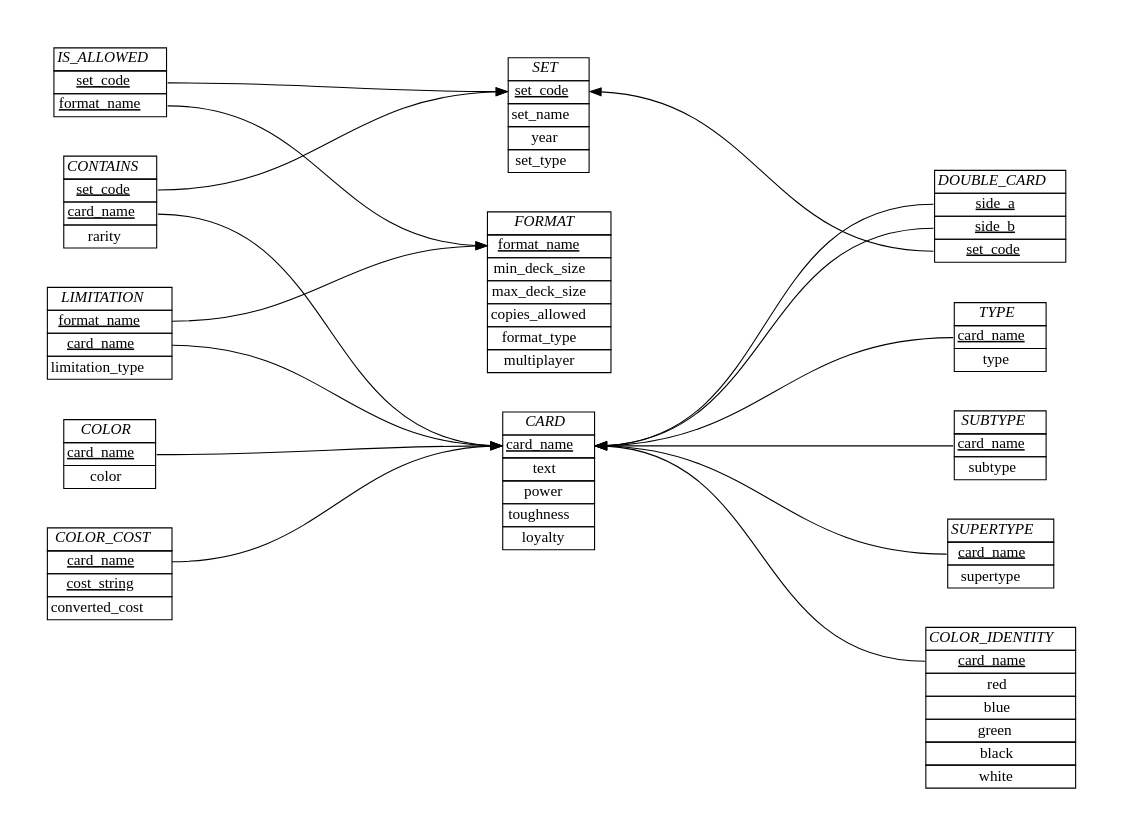
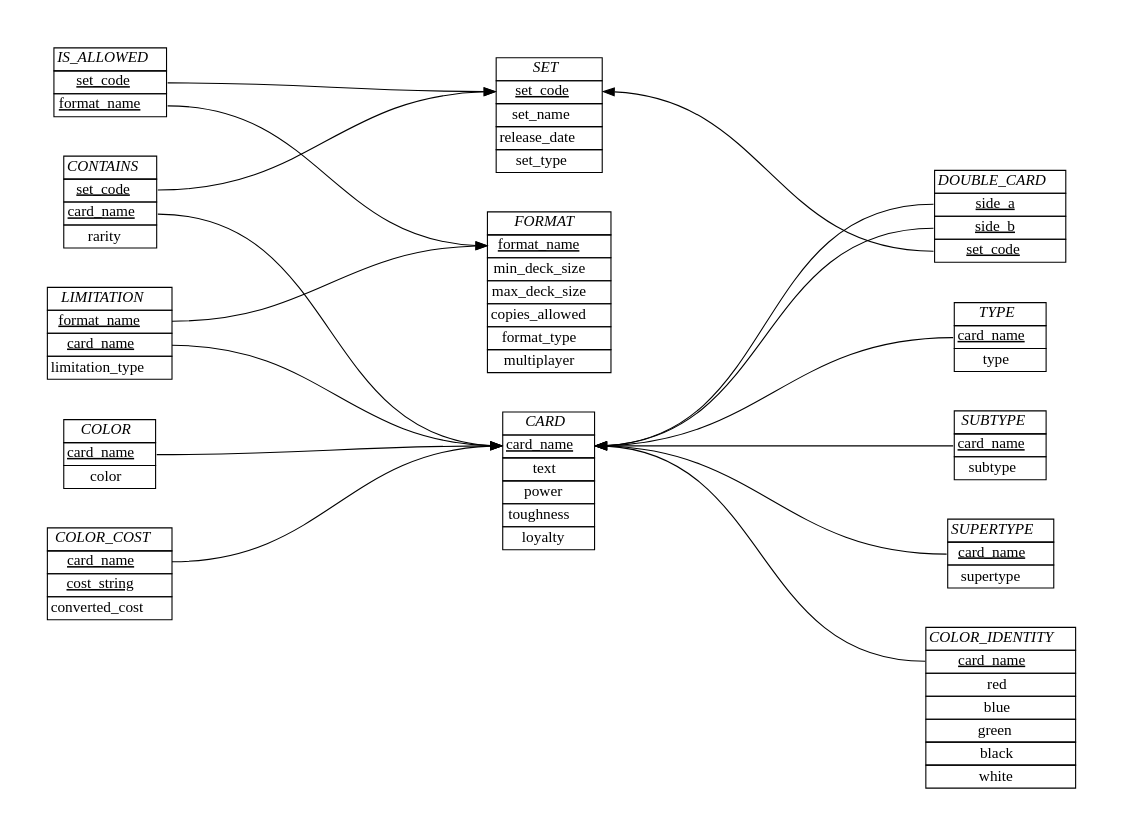
Before and after one commit to akilmarshall/trumark: the diagram in schema/ER_diagram.dot, drawn with Graphviz. The commit also changed 5 other files, not shown here.

Commit message:
changed year to release_date

```diff
--- a/schema/ER_diagram.dot
+++ b/schema/ER_diagram.dot
@@ -1,140 +1,140 @@
 digraph {
     graph [splines=true, pad="0.5", nodesep="0.5", ranksep="4"];
     node [shape=plain];
     rankdir=LR; 
 
     Format [label=<
         <table border="0" cellborder="1" cellspacing="0">
         <tr><td><i>FORMAT</i></td></tr>
         <tr><td port="1"><u>format_name</u></td></tr>
         <tr><td port="2">min_deck_size</td></tr>
         <tr><td port="3">max_deck_size</td></tr>
         <tr><td port="4">copies_allowed</td></tr>
         <tr><td port="5">format_type</td></tr>
         <tr><td port="6">multiplayer</td></tr>
         </table>>];
 
     Set [label=<
         <table border="0" cellborder="1" cellspacing="0">
         <tr><td><i>SET</i></td></tr>
         <tr><td port="1"><u><font color="black">set_code</font></u></td></tr>
         <tr><td port="2"><font color="black">set_name</font></td></tr>
-        <tr><td port="3">year</td></tr>
+        <tr><td port="3">release_date</td></tr>
         <tr><td port="4">set_type</td></tr>
         </table>>];
 
     Card [label=<
         <table border="0" cellborder="1" cellspacing="0">
         <tr><td><i>CARD</i></td></tr>
         <tr><td port="1"><u><font color="black">card_name</font></u></td></tr>
         <tr><td port="2">text</td></tr>
         <tr><td port="3">power</td></tr>
         <tr><td port="4">toughness</td></tr>
         <tr><td port="5">loyalty</td></tr>
         </table>>];
 
     Contains [label=<
         <table border="0" cellborder="1" cellspacing="0">
         <tr><td><i>CONTAINS</i></td></tr>
         <tr><td port="1"><u>set_code</u></td></tr>
         <tr><td port="2"><u>card_name</u></td></tr>
         <tr><td port="3">rarity</td></tr>
         </table>>];
 
     Is_allowed [label=<
         <table border="0" cellborder="1" cellspacing="0">
         <tr><td><i>IS_ALLOWED</i></td></tr>
         <tr><td port="1"><u>set_code</u></td></tr>
         <tr><td port="2"><u>format_name</u></td></tr>
         </table>>];
 
     Double_card [label=<
         <table border="0" cellborder="1" cellspacing="0">
         <tr><td><i>DOUBLE_CARD</i></td></tr>
         <tr><td port="1"><u>side_a</u></td></tr>
         <tr><td port="2"><u>side_b</u></td></tr>
         <tr><td port="3"><u>set_code</u></td></tr>
         </table>>];
 
     Limitation [label=< <table border="0" cellborder="1" cellspacing="0">
     <tr><td><i>LIMITATION</i></td></tr>
     <tr><td port="1"><u>format_name</u></td></tr>
     <tr><td port="2"><u>card_name</u></td></tr>
     <tr><td port="3">limitation_type</td></tr>
     </table>>];
 
     Type [label=<
         <table border="0" cellborder="1" cellspacing="0">
         <tr><td><i>TYPE</i></td></tr>
         <tr><td port="1"><u>card_name</u></td></tr>
         <tr><td port="2">type</td></tr>
         </table>>];
 
     Subtype [label=<
         <table border="0" cellborder="1" cellspacing="0">
         <tr><td><i>SUBTYPE</i></td></tr>
         <tr><td port="1"><u>card_name</u></td></tr>
         <tr><td port="2">subtype</td></tr>
         </table>>];
 
     Supertype [label=<
         <table border="0" cellborder="1" cellspacing="0">
         <tr><td><i>SUPERTYPE</i></td></tr>
         <tr><td port="1"><u>card_name</u></td></tr>
         <tr><td port="2">supertype</td></tr>
         </table>>];
 
     Color_identity [label=<
         <table border="0" cellborder="1" cellspacing="0">
         <tr><td><i>COLOR_IDENTITY</i></td></tr>
         <tr><td port="1"><u>card_name</u></td></tr>
         <tr><td port="2">red</td></tr>
         <tr><td port="3">blue</td></tr>
         <tr><td port="4">green</td></tr>
         <tr><td port="5">black</td></tr>
         <tr><td port="6">white</td></tr>
         </table>>];
 
     Color_cost [label=<
         <table border="0" cellborder="1" cellspacing="0">
         <tr><td><i>COLOR_COST</i></td></tr>
         <tr><td port="1"><u>card_name</u></td></tr>
         <tr><td port="2"><u>cost_string</u></td></tr>
         <tr><td port="9">converted_cost</td></tr>
         </table>>];
 
     Color [label=<
         <table border="0" cellborder="1" cellspacing="0">
         <tr><td><i>COLOR</i></td></tr>
         <tr><td port="1"><u>card_name</u></td></tr>
         <tr><td port="2">color</td></tr>
         </table>>];
 
     Is_allowed:1 -> Set:1 [color=black];
     Is_allowed:2 -> Format:1;
 
     Contains:1 -> Set:1 [color=black];
     Contains:2 -> Card:1;
 
     Limitation:1 -> Format:1;
     Limitation:2 -> Card:1;
 
     Color:1 -> Card:1;
 
     Color_cost:1 -> Card:1;
 
     edge [dir="back"];
 
     Card:1 -> Double_card:1;
     Card:1 -> Double_card:2;
     Set:1 -> Double_card:3;
 
 
     Card:1 -> Subtype:1;
 
     Card:1 -> Type:1;
 
     Card:1 -> Supertype:1 ;
 
     Card:1 -> Color_identity:1;
 }
```
